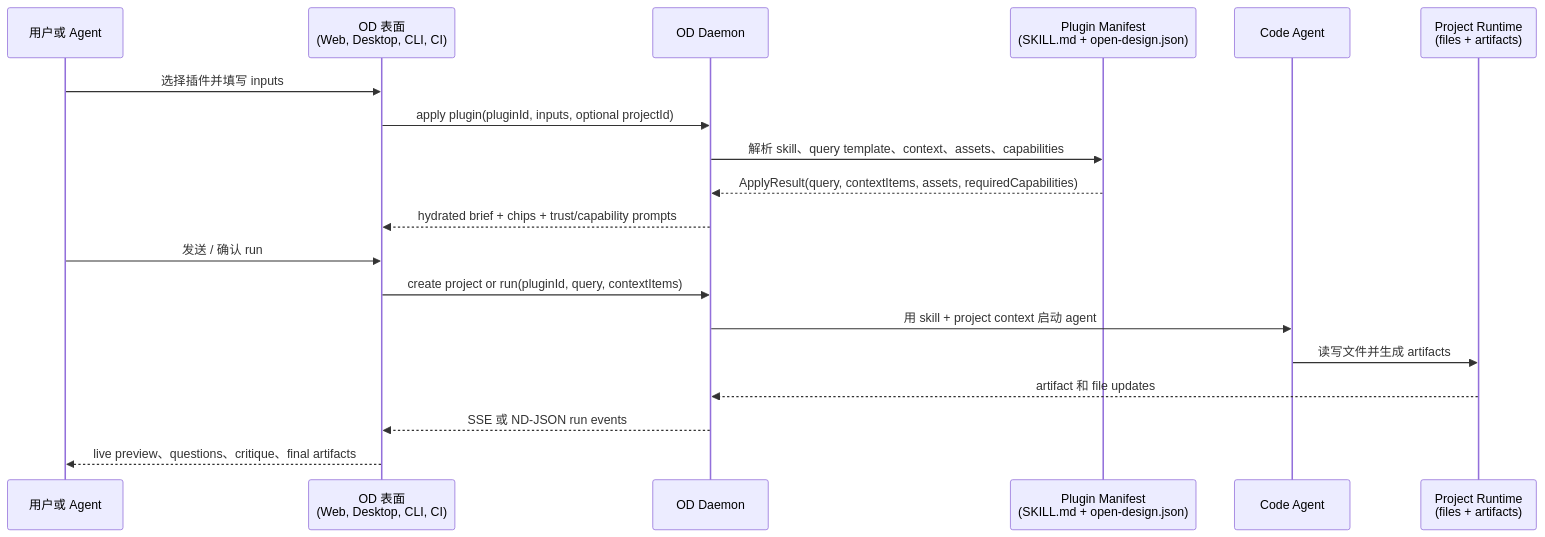
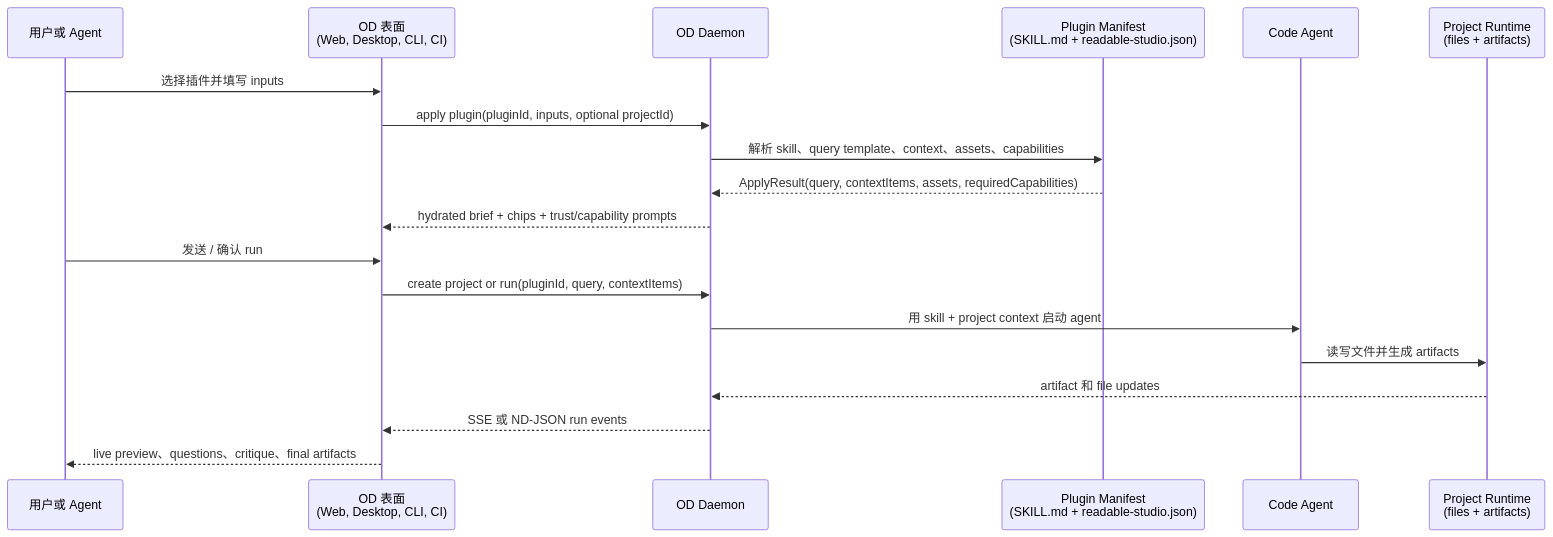
The first of 4 diagrams in docs/plugins-spec.zh-CN.md (sanghyunna/open-design-sandboxed), drawn with Mermaid before and after one commit. The commit also changed other lines of this file and 1064 other files, not shown here.

Commit message:
feat(plugins): cut manifests to the Readable Studio schema

````diff
--- a/docs/plugins-spec.zh-CN.md
+++ b/docs/plugins-spec.zh-CN.md
@@ -35,22 +35,22 @@
 ```mermaid
 sequenceDiagram
   participant U as 用户或 Agent
   participant S as OD 表面<br/>(Web, Desktop, CLI, CI)
   participant D as OD Daemon
-  participant P as Plugin Manifest<br/>(SKILL.md + open-design.json)
+  participant P as Plugin Manifest<br/>(SKILL.md + readable-studio.json)
   participant A as Code Agent
   participant R as Project Runtime<br/>(files + artifacts)
 
   U->>S: 选择插件并填写 inputs
   S->>D: apply plugin(pluginId, inputs, optional projectId)
   D->>P: 解析 skill、query template、context、assets、capabilities
   P-->>D: ApplyResult(query, contextItems, assets, requiredCapabilities)
   D-->>S: hydrated brief + chips + trust/capability prompts
   U->>S: 发送 / 确认 run
   S->>D: create project or run(pluginId, query, contextItems)
   D->>A: 用 skill + project context 启动 agent
   A->>R: 读写文件并生成 artifacts
   R-->>D: artifact 和 file updates
   D-->>S: SSE 或 ND-JSON run events
   S-->>U: live preview、questions、critique、final artifacts
 ```
````
